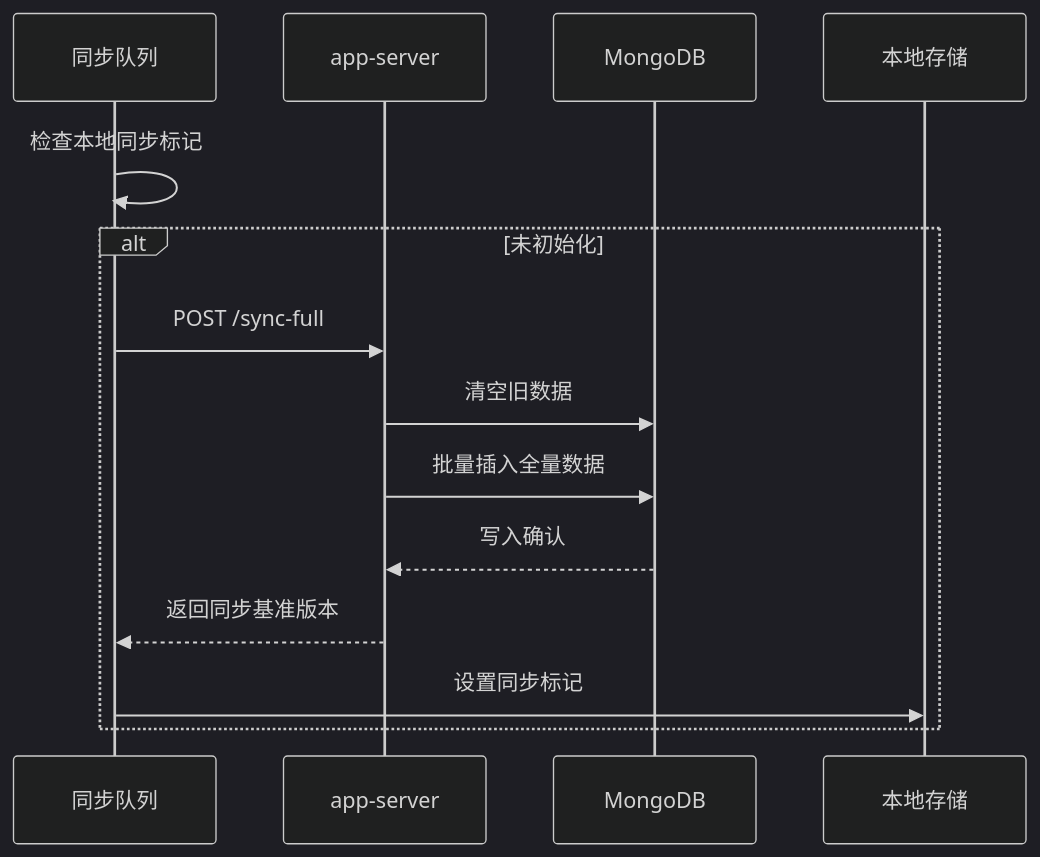
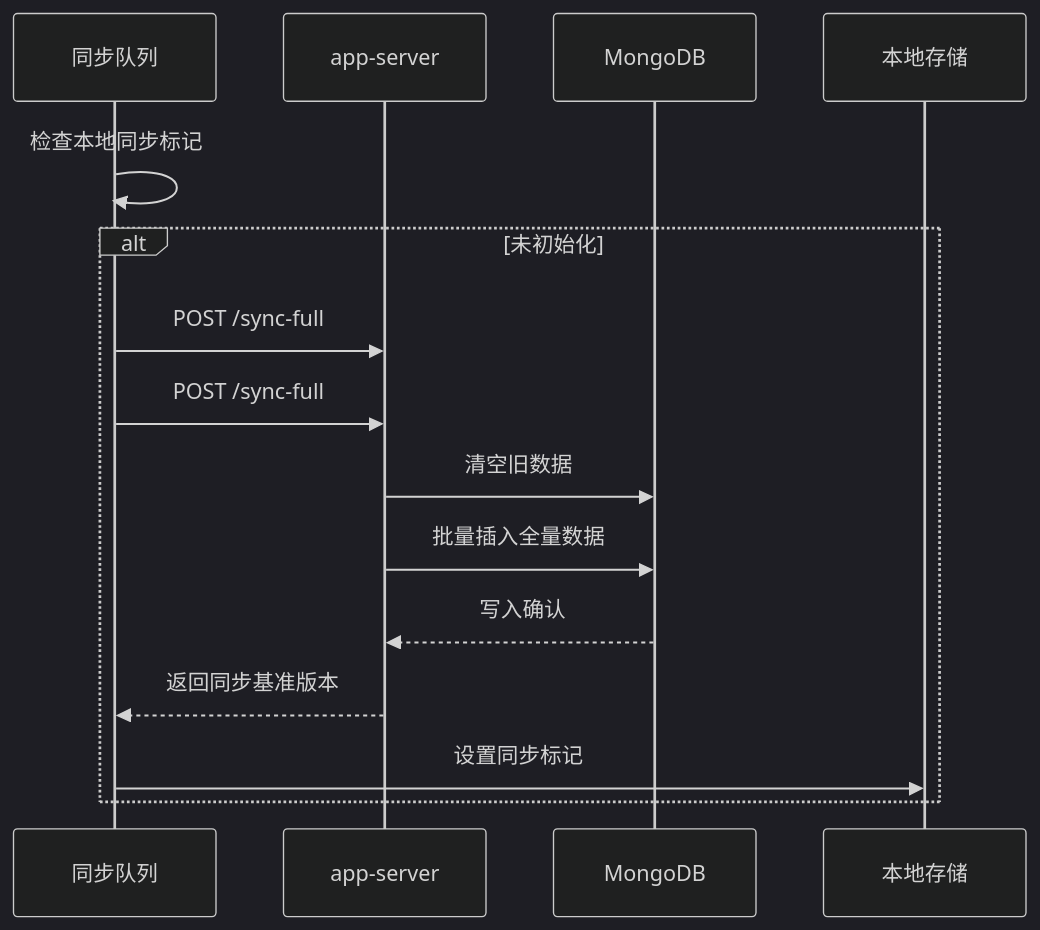
The diagram in all/未命名-24.md (yingjianzh/iodraw-files), drawn with Mermaid (dark theme) before and after one commit.

Commit message:
2025-02-21 18:25:32 update

````diff
--- a/all/未命名-24.md
+++ b/all/未命名-24.md
@@ -1,17 +1,17 @@
 ```mermaid
 sequenceDiagram
     participant 同步队列
     participant app-server
     participant MongoDB
 
     同步队列->>同步队列: 检查本地同步标记
     alt 未初始化
-        
+        同步队列->>app-server: POST /sync-full
         同步队列->>app-server: POST /sync-full
         app-server->>MongoDB: 清空旧数据
         app-server->>MongoDB: 批量插入全量数据
         MongoDB-->>app-server: 写入确认
         app-server-->>同步队列: 返回同步基准版本
         同步队列->>本地存储: 设置同步标记
     end
 ```
````
